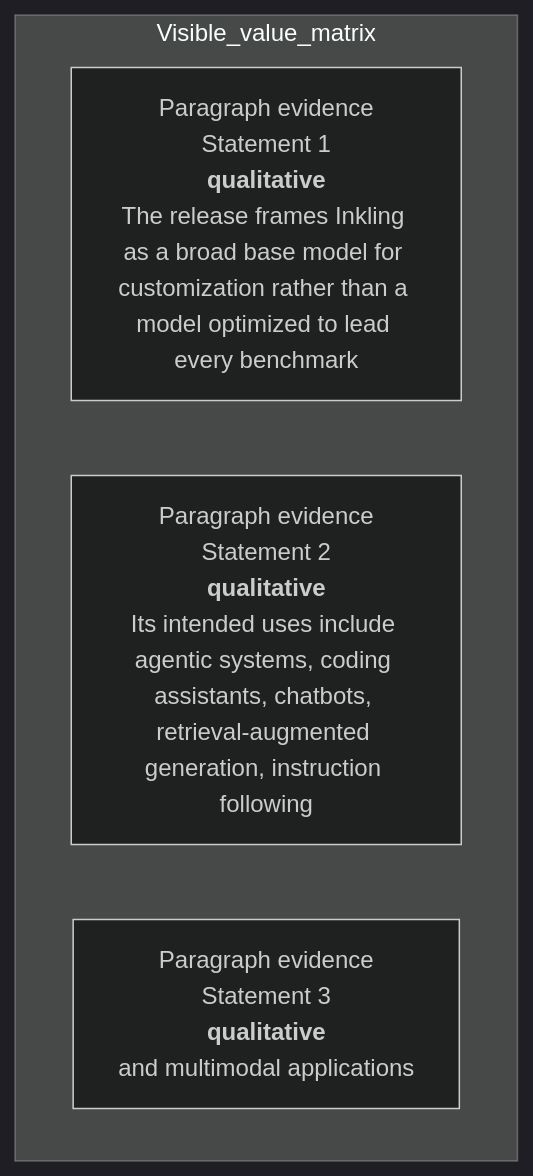
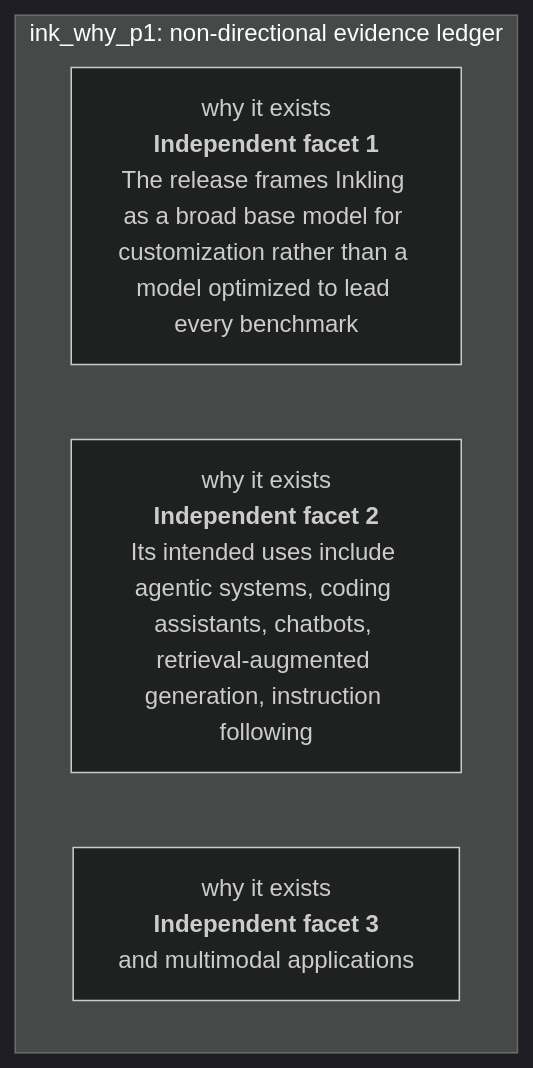
The second of 57 diagrams in docs/visual-manifests/VISUAL_MANIFEST_INKLING.md (Betancourt1/paper_atlas), drawn with Mermaid (dark theme) before and after one commit. The commit also changed other lines of this file and 7 other files, not shown here.

````diff
--- a/docs/visual-manifests/VISUAL_MANIFEST_INKLING.md
+++ b/docs/visual-manifests/VISUAL_MANIFEST_INKLING.md
@@ -127,8 +126,8 @@
 ```mermaid
 flowchart TB
-  subgraph Visible_value_matrix
-    r1["Paragraph evidence<br/>Statement 1<br/><b>qualitative</b><br/>The release frames Inkling as a broad base model for customization rather than a model optimized to lead every benchmark"]
-    r2["Paragraph evidence<br/>Statement 2<br/><b>qualitative</b><br/>Its intended uses include agentic systems, coding assistants, chatbots, retrieval-augmented generation, instruction following"]
-    r3["Paragraph evidence<br/>Statement 3<br/><b>qualitative</b><br/>and multimodal applications"]
+  subgraph Ledger["ink_why_p1: non-directional evidence ledger"]
+    r1["why it exists<br/><b>Independent facet 1</b><br/>The release frames Inkling as a broad base model for customization rather than a model optimized to lead every benchmark"]
+    r2["why it exists<br/><b>Independent facet 2</b><br/>Its intended uses include agentic systems, coding assistants, chatbots, retrieval-augmented generation, instruction following"]
+    r3["why it exists<br/><b>Independent facet 3</b><br/>and multimodal applications"]
   end
 ```
````
